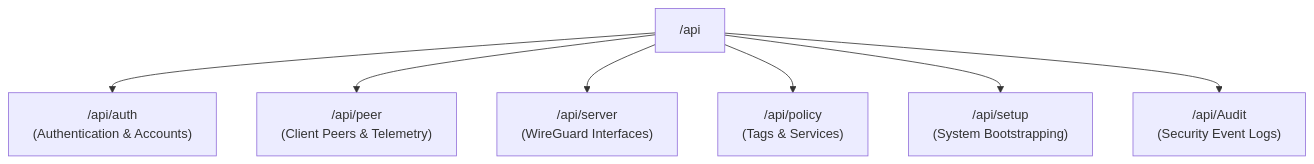
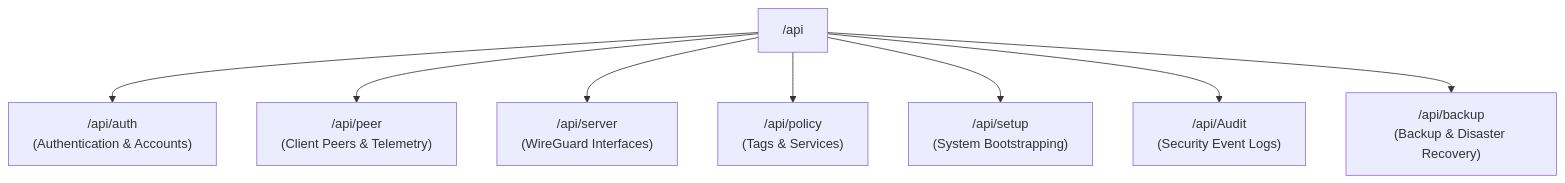
Before and after one commit to GWSimoRod/WireManager-docs: the diagram in docs/api/reference.md, drawn with Mermaid. The commit also changed other lines of this file and 6 other files, not shown here.

````diff
--- a/docs/api/reference.md
+++ b/docs/api/reference.md
@@ -11,10 +11,11 @@
 ```mermaid
 graph TD
     API["/api"]
     API --> Auth["/api/auth<br/>(Authentication & Accounts)"]
     API --> Peer["/api/peer<br/>(Client Peers & Telemetry)"]
     API --> Server["/api/server<br/>(WireGuard Interfaces)"]
     API --> Policy["/api/policy<br/>(Tags & Services)"]
     API --> Setup["/api/setup<br/>(System Bootstrapping)"]
     API --> Audit["/api/Audit<br/>(Security Event Logs)"]
+    API --> Backup["/api/backup<br/>(Backup & Disaster Recovery)"]
 ```
````
